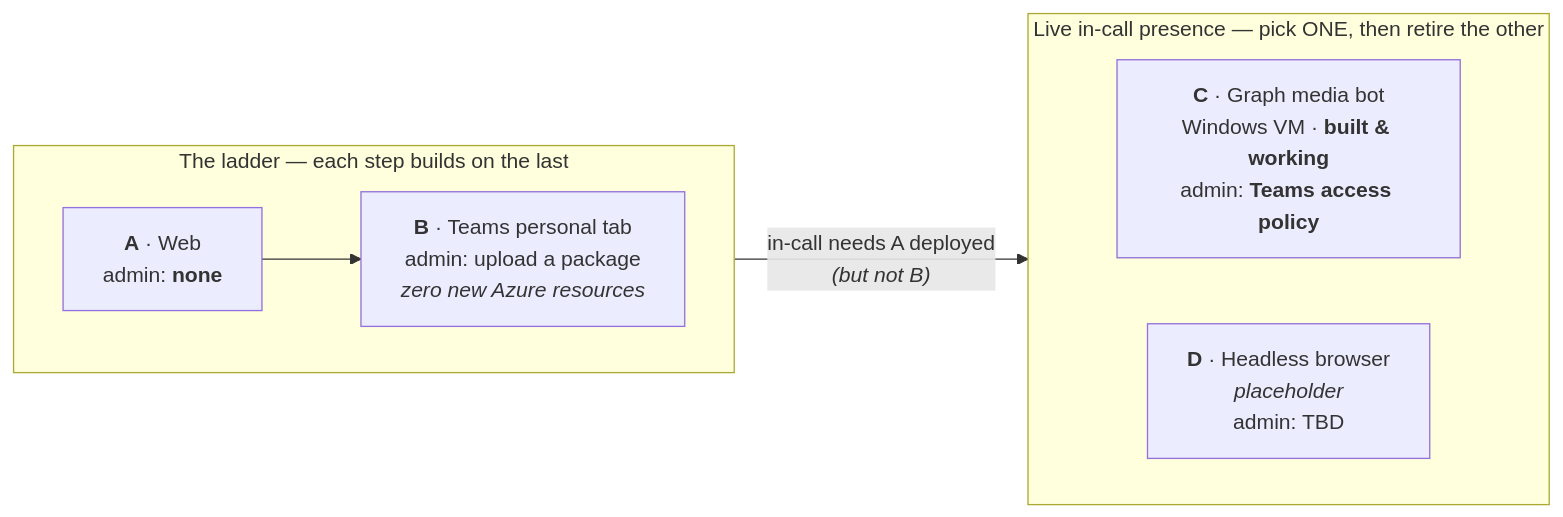
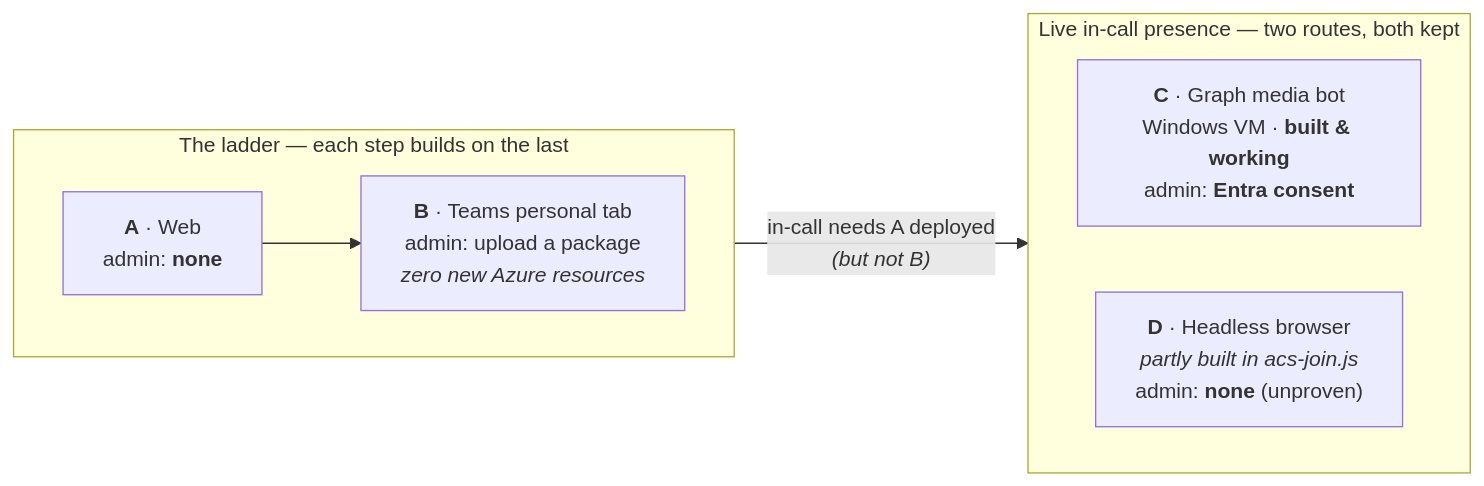
Before and after one commit to SridharArrabelly/avatar-forge: the diagram in docs/channels/README.md, drawn with Mermaid. The commit also changed other lines of this file and 1 other file, not shown here.

First line of the commit message:
docs: C and D are both supported options, not rivals

````diff
--- a/docs/channels/README.md
+++ b/docs/channels/README.md
@@ -49,17 +53,17 @@
 ```mermaid
 flowchart LR
     subgraph Ladder["The ladder — each step builds on the last"]
         direction LR
         A["<b>A</b> · Web<br/>admin: <b>none</b>"]
         B["<b>B</b> · Teams personal tab<br/>admin: upload a package<br/><i>zero new Azure resources</i>"]
         A --> B
     end
 
-    subgraph Rivals["Live in-call presence — pick ONE, then retire the other"]
+    subgraph Rivals["Live in-call presence — two routes, both kept"]
         direction LR
-        C["<b>C</b> · Graph media bot<br/>Windows VM · <b>built &amp; working</b><br/>admin: <b>Teams access policy</b>"]
-        D["<b>D</b> · Headless browser<br/><i>placeholder</i><br/>admin: TBD"]
+        C["<b>C</b> · Graph media bot<br/>Windows VM · <b>built &amp; working</b><br/>admin: <b>Entra consent</b>"]
+        D["<b>D</b> · Headless browser<br/><i>partly built in acs-join.js</i><br/>admin: <b>none</b> (unproven)"]
     end
 
     A -- "in-call needs A deployed<br/><i>(but not B)</i>" --> Rivals
 ```
````
